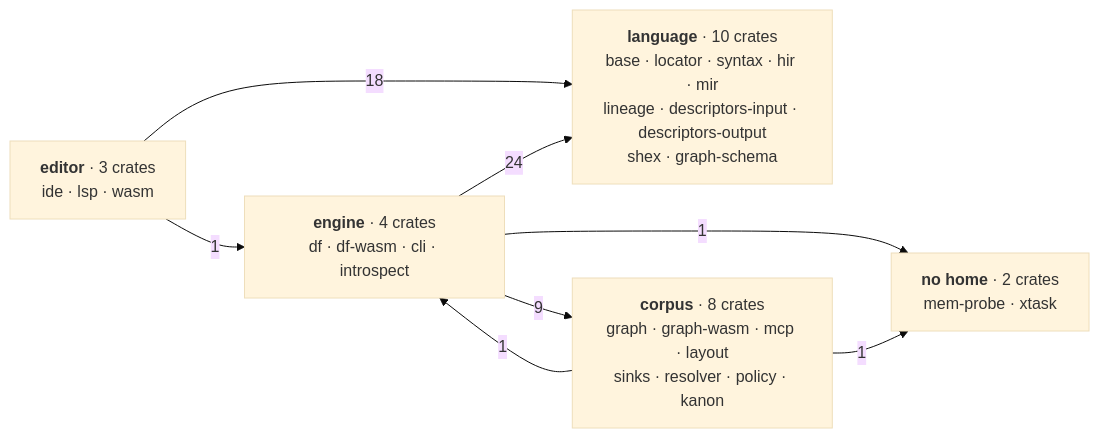
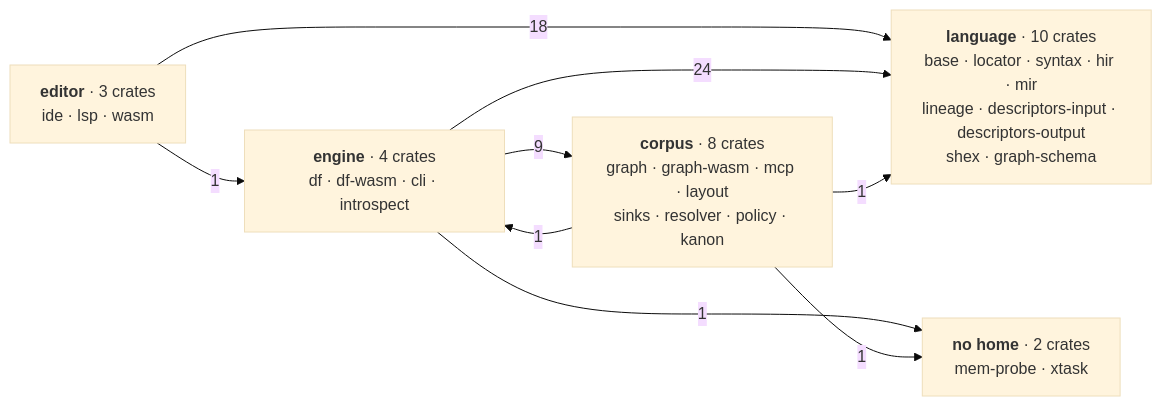
Before and after one commit to Kanzo-Tech/fossil-lang: the first of 4 diagrams in apps/docs/content/docs/(root)/architecture.mdx, drawn with Mermaid (base theme). The commit also changed other lines of this file, not shown here.

````diff
--- a/apps/docs/content/docs/(root)/architecture.mdx
+++ b/apps/docs/content/docs/(root)/architecture.mdx
@@ -14,16 +14,17 @@
 ```mermaid
 graph LR
   L["<b>language</b> · 10 crates<br/>base · locator · syntax · hir · mir<br/>lineage · descriptors-input · descriptors-output<br/>shex · graph-schema"]
   E["<b>editor</b> · 3 crates<br/>ide · lsp · wasm"]
   M["<b>engine</b> · 4 crates<br/>df · df-wasm · cli · introspect"]
   C["<b>corpus</b> · 8 crates<br/>graph · graph-wasm · mcp · layout<br/>sinks · resolver · policy · kanon"]
   X["<b>no home</b> · 2 crates<br/>mem-probe · xtask"]
 
   E -->|18| L
   E -->|1| M
   M -->|24| L
   M -->|9| C
   C -->|1| M
+  C -->|1| L
   M -->|1| X
   C -->|1| X
 ```
````
